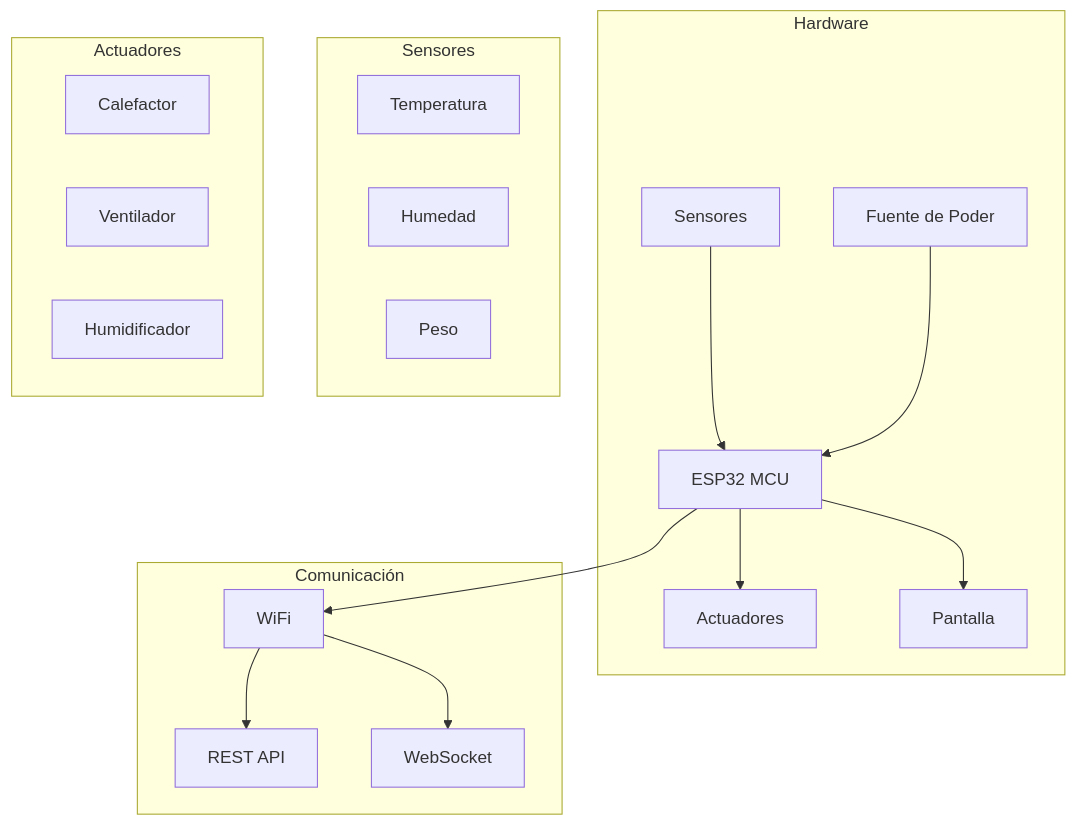
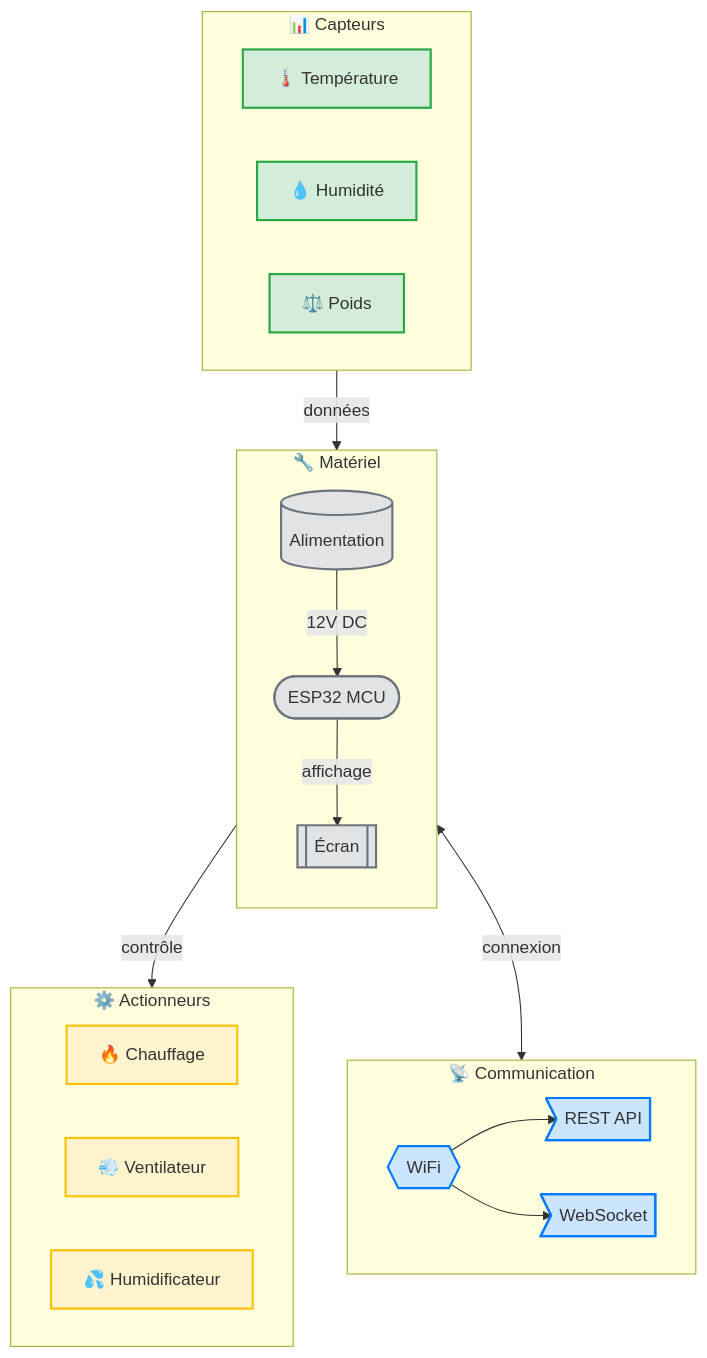
One commit to medicalopenworld/IncuNest-Docs changed the diagram in docs/i18n/fr/docusaurus-plugin-content-docs/version-14.12/intro.md. Above: the diagram before and after it, drawn with Mermaid. The commit also changed 5 other files, not shown here.

Commit message:
Update French, Portuguese, and versioned docs with beautiful mermaid diagrams

````diff
--- a/docs/i18n/fr/docusaurus-plugin-content-docs/version-14.12/intro.md
+++ b/docs/i18n/fr/docusaurus-plugin-content-docs/version-14.12/intro.md
@@ -71,36 +71,48 @@
 ```mermaid
-flowchart TB
-    subgraph Hardware
-        ESP32[ESP32 MCU]
-        SENSORS[Sensores]
-        ACTUATORS[Actuadores]
-        DISPLAY[Pantalla]
-        POWER[Fuente de Poder]
+graph TB
+    subgraph HW [🔧 Matériel]
+        direction TB
+        ESP32([ESP32 MCU])
+        DISPLAY[[Écran]]
+        POWER[(Alimentation)]
     end
     
-    subgraph Sensores
-        TEMP[Temperatura]
-        HUM[Humedad]
-        WEIGHT[Peso]
+    subgraph SENS [📊 Capteurs]
+        direction LR
+        TEMP[🌡️ Température]
+        HUM[💧 Humidité]
+        WEIGHT[⚖️ Poids]
     end
     
-    subgraph Actuadores
-        HEATER[Calefactor]
-        FAN[Ventilador]
-        HUMIDIFIER[Humidificador]
+    subgraph ACT [⚙️ Actionneurs]
+        direction LR
+        HEATER[🔥 Chauffage]
+        FAN[💨 Ventilateur]
+        HUMIDIFIER[💦 Humidificateur]
     end
     
-    subgraph Comunicación
-        WIFI[WiFi]
-        API[REST API]
-        WS[WebSocket]
+    subgraph COMM [📡 Communication]
+        direction LR
+        WIFI{{WiFi}}
+        API>REST API]
+        WS>WebSocket]
     end
     
-    SENSORS --> ESP32
-    ESP32 --> ACTUATORS
-    ESP32 --> DISPLAY
-    POWER --> ESP32
-    ESP32 --> WIFI
+    POWER -->|12V DC| ESP32
+    SENS -->|données| ESP32
+    ESP32 -->|contrôle| ACT
+    ESP32 -->|affichage| DISPLAY
+    ESP32 <-->|connexion| WIFI
     WIFI --> API
     WIFI --> WS
+    
+    classDef sensors fill:#d4edda,stroke:#28a745,stroke-width:2px
+    classDef actuators fill:#fff3cd,stroke:#ffc107,stroke-width:2px
+    classDef comm fill:#cce5ff,stroke:#007bff,stroke-width:2px
+    classDef core fill:#e2e3e5,stroke:#6c757d,stroke-width:2px
+    
+    class TEMP,HUM,WEIGHT sensors
+    class HEATER,FAN,HUMIDIFIER actuators
+    class WIFI,API,WS comm
+    class ESP32,DISPLAY,POWER core
 ```
````
